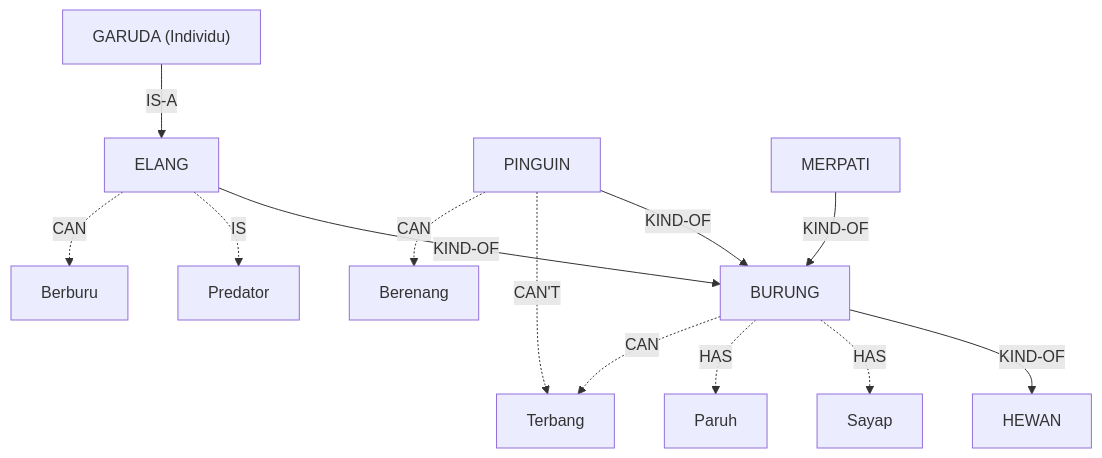
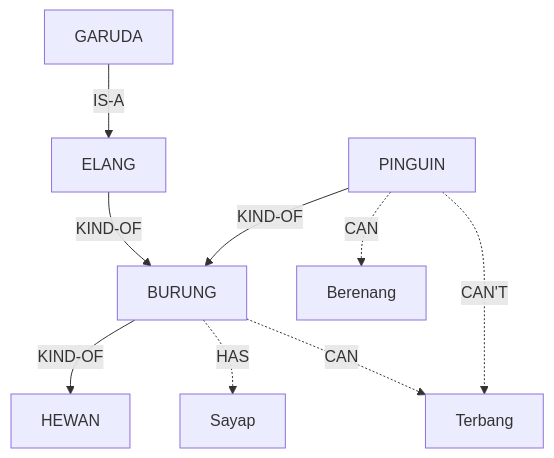
One commit to antonprafanto/dasarAI2026 changed the second of 5 diagrams in bab-03-representasi.md. Above: the diagram before and after it, drawn with Mermaid. The commit also changed other lines of this file, not shown here.

````diff
--- a/bab-03-representasi.md
+++ b/bab-03-representasi.md
@@ -189,25 +98,11 @@
 ```mermaid
 graph TD
-    Animal[HEWAN]
-    Bird[BURUNG]
-    Eagle[ELANG]
-    Penguin[PINGUIN]
-    Dove[MERPATI]
-    Garuda["GARUDA (Individu)"]
-
-    Bird -->|KIND-OF| Animal
-    Eagle -->|KIND-OF| Bird
-    Penguin -->|KIND-OF| Bird
-    Dove -->|KIND-OF| Bird
-    Garuda -->|IS-A| Eagle
-
+    Bird[BURUNG] -->|KIND-OF| Animal[HEWAN]
+    Eagle[ELANG] -->|KIND-OF| Bird
+    Penguin[PINGUIN] -->|KIND-OF| Bird
+    Garuda["GARUDA"] -->|IS-A| Eagle
     Bird -.->|HAS| Wings[Sayap]
-    Bird -.->|HAS| Beak[Paruh]
     Bird -.->|CAN| Fly[Terbang]
-
-    Eagle -.->|IS| Predator
-    Eagle -.->|CAN| Hunt[Berburu]
-
     Penguin -.->|CAN'T| Fly
     Penguin -.->|CAN| Swim[Berenang]
 ```
````
